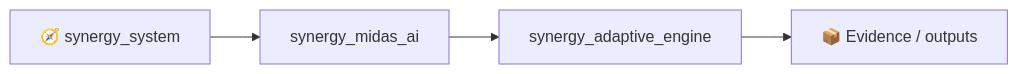
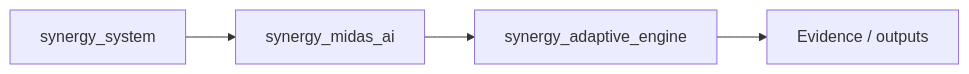
The second of 3 diagrams in README.md (Shtenco/synergy_adaptive_engine), drawn with Mermaid before and after one commit. The commit also changed other lines of this file, not shown here.

````diff
--- a/README.md
+++ b/README.md
@@ -82,6 +82,6 @@
 ```mermaid
 flowchart LR
-    SYS[🧭 synergy_system] --> P[synergy_midas_ai]
+    SYS[ synergy_system] --> P[synergy_midas_ai]
     P --> THIS[synergy_adaptive_engine]
-    THIS --> E[📦 Evidence / outputs]
+    THIS --> E[ Evidence / outputs]
 ```
````
